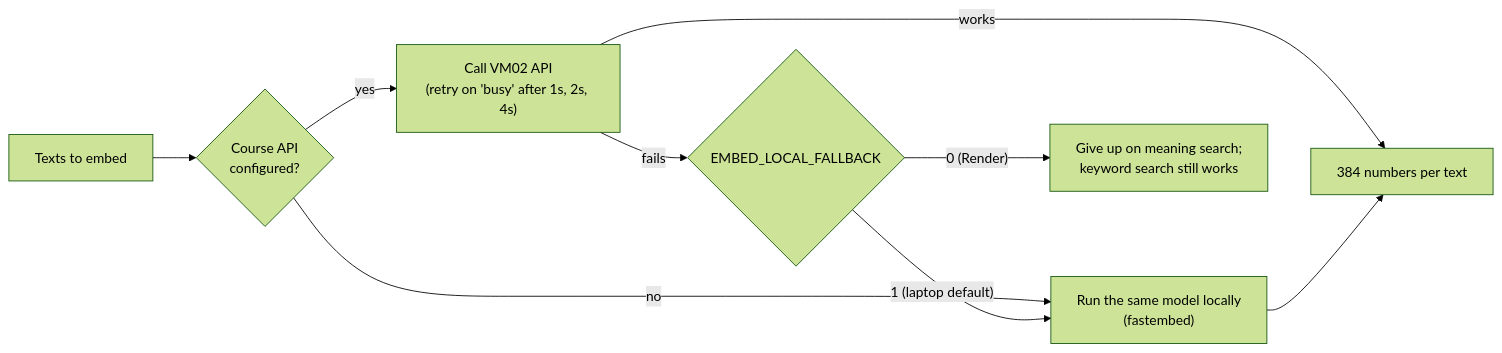
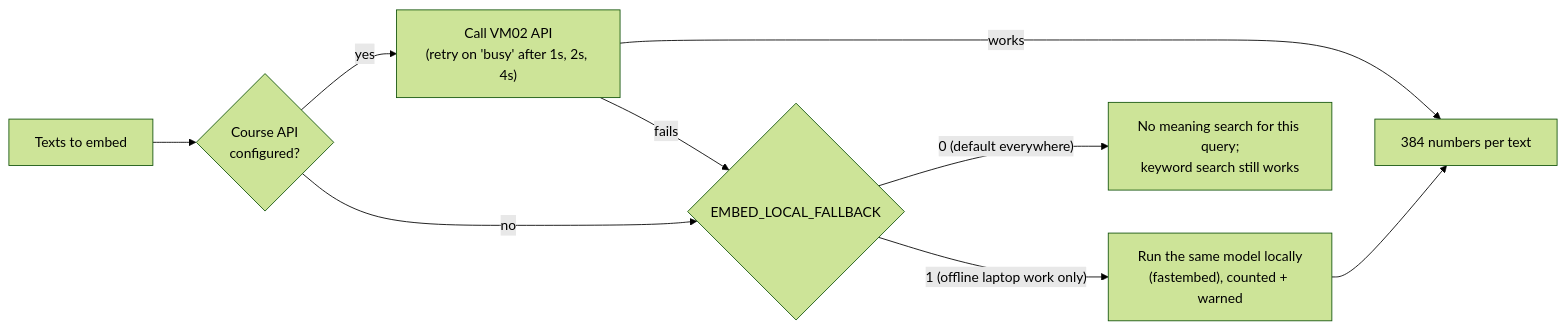
One commit to aakash-github/jansahayak changed the second of 3 diagrams in docs/RAG_AND_EMBEDDINGS.md. Above: the diagram before and after it, drawn with Mermaid (forest theme). The commit also changed other lines of this file and 26 other files, not shown here.

````diff
--- a/docs/RAG_AND_EMBEDDINGS.md
+++ b/docs/RAG_AND_EMBEDDINGS.md
@@ -83,10 +97,10 @@
 ```mermaid
 flowchart LR
   T["Texts to embed"] --> A{"Course API<br/>configured?"}
   A -->|yes| API["Call VM02 API<br/>(retry on 'busy' after 1s, 2s, 4s)"]
   API -->|works| V["384 numbers per text"]
   API -->|fails| L{"EMBED_LOCAL_FALLBACK"}
-  A -->|no| LOC
-  L -->|"1 (laptop default)"| LOC["Run the same model locally<br/>(fastembed)"] --> V
-  L -->|"0 (Render)"| BM["Give up on meaning search;<br/>keyword search still works"]
+  A -->|no| L
+  L -->|"0 (default everywhere)"| BM["No meaning search for this query;<br/>keyword search still works"]
+  L -->|"1 (offline laptop work only)"| LOC["Run the same model locally<br/>(fastembed), counted + warned"] --> V
 ```
````
